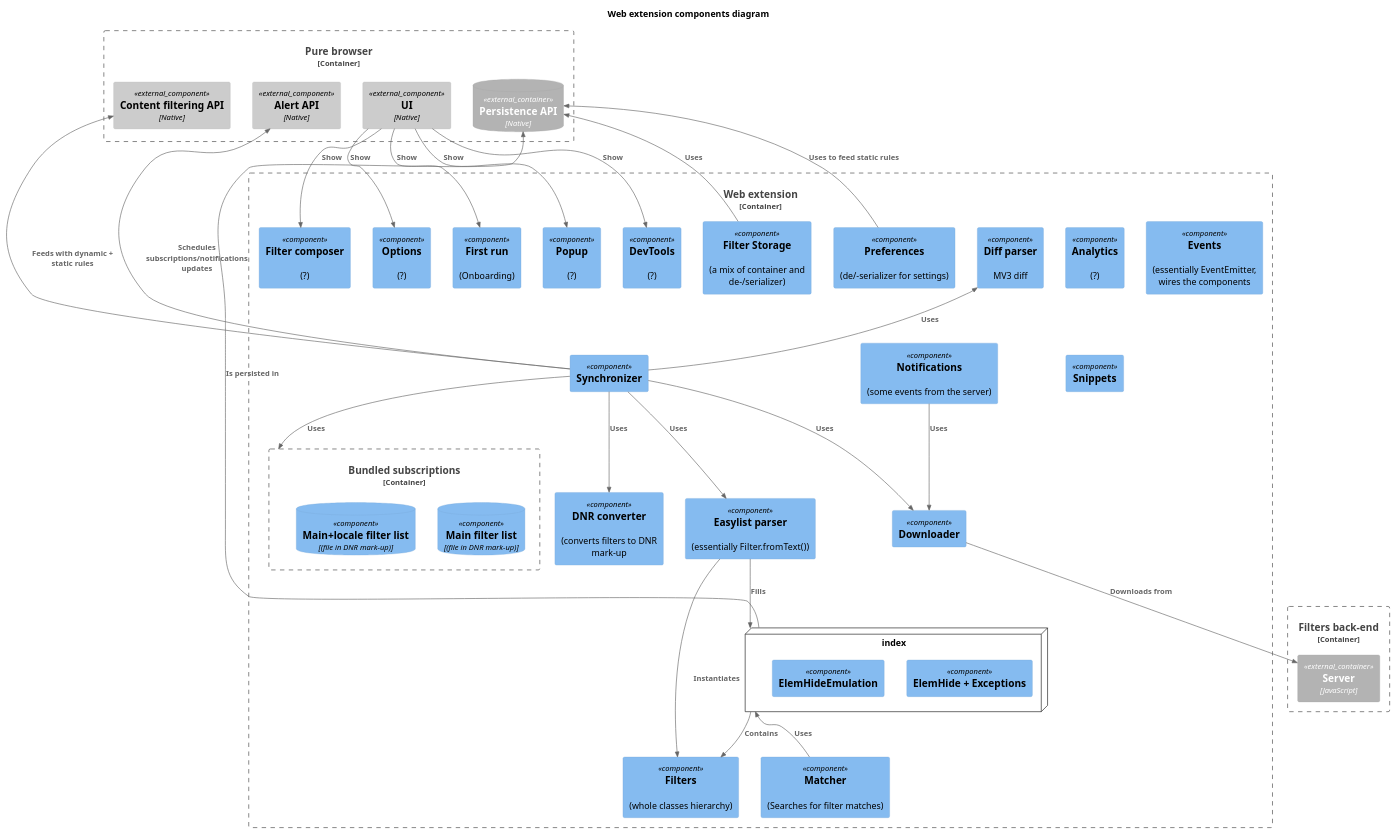
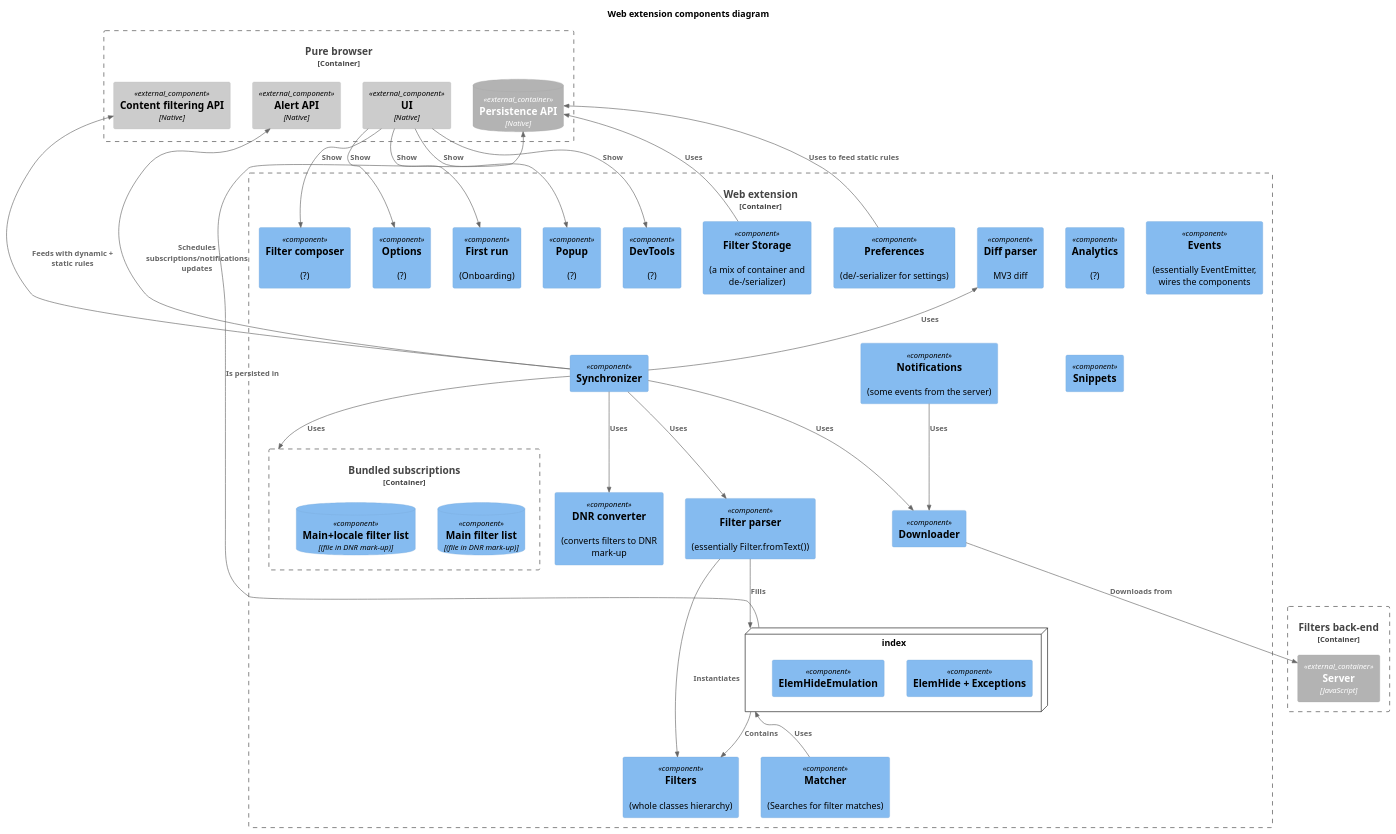
One commit to 4ntoine/mv3_spec_c4 changed the diagram in components_webext.puml. Above: the diagram before and after it, drawn with PlantUML. The commit also changed 1 other file, not shown here.

```diff
--- a/components_webext.puml
+++ b/components_webext.puml
@@ -1,77 +1,77 @@
 @startuml
 !include https://raw.githubusercontent.com/plantuml-stdlib/C4-PlantUML/master/C4_Container.puml
 !include https://raw.githubusercontent.com/plantuml-stdlib/C4-PlantUML/master/C4_Component.puml
 
 title Web extension components diagram
 
 ' container itself
 Container_Boundary(webext, "Web extension") {
-  ' core  
+  ' core
   Component(analytics, "Analytics", "", "(?)")
   Component(events, "Events", "", "(essentially EventEmitter, wires the components")
   Component(filters, "Filters", "", "(whole classes hierarchy)")
-  Component(easylistParser, "Easylist parser", "", "(essentially Filter.fromText())")
+  Component(filterParser, "Filter parser", "", "(essentially Filter.fromText())")
   Component(diffParser, "Diff parser", "", "MV3 diff")
   Component(synchronizer, "Synchronizer")
   Component(downloader, "Downloader")
   Component(dnrConverter, "DNR converter", "", "(converts filters to DNR mark-up")
   Component(matcher, "Matcher", "", "(Searches for filter matches)")
   Component(notifications, "Notifications", "", "(some events from the server)")
   Component(filterStorage, "Filter Storage", "", "(a mix of container and de-/serializer)")
   Component(prefs, "Preferences", "", "(de/-serializer for settings)")
   Component(snippets, "Snippets", "", "(?)")
   ' webext
   Component(firstRun, "First run", "", "(Onboarding)")
   Component(filterComposer, "Filter composer", "", "(?)")
   Component(options, "Options", "", "(?)")
   Component(popup, "Popup", "", "(?)")
   Component(devTools, "DevTools", "", "(?)")
 
   node index {
     Component(elemHide, "ElemHide + Exceptions")
     Component(elemHideEmu, "ElemHideEmulation")
     Component(snippets, "Snippets")
   }
 
   Container_Boundary(bundled_subscriptions, "Bundled subscriptions") {
     ComponentDb(sub1_dnr_rules, "Main filter list", "(file in DNR mark-up)")
     ComponentDb(sub2_dnr_rules, "Main+locale filter list", "(file in DNR mark-up)")
   }
 }
 
 ' external container
 Container_Boundary(browser, "Pure browser", "") {
   ContainerDb_Ext(persistence, "Persistence API", "Native")
   Component_Ext(schedulers, "Alert API", "Native")
   Component_Ext(browserCore, "Content filtering API", "Native")
   Component_Ext(ui, "UI", "Native")
 }
 
 ' external container
 Container_Boundary(backEnd, "Filters back-end", "") {
   Container_Ext(server, "Server", "JavaScript")
 }
 
 ' relations
 Rel(synchronizer, downloader, "Uses")
-Rel(synchronizer, easylistParser, "Uses")
+Rel(synchronizer, filterParser, "Uses")
 Rel_U(synchronizer, diffParser, "Uses")
 Rel_U(synchronizer, schedulers, "Schedules subscriptions/notifications updates")
 Rel(synchronizer, dnrConverter, "Uses")
 Rel_U(synchronizer, browserCore, "Feeds with dynamic + static rules")
 Rel(synchronizer, bundled_subscriptions, "Uses")
-Rel(easylistParser, filters, "Instantiates")
-Rel(easylistParser, index, "Fills")
+Rel(filterParser, filters, "Instantiates")
+Rel(filterParser, index, "Fills")
 Rel(index, filters, "Contains")
 Rel_U(index, persistence, "Is persisted in")
 Rel(downloader, server, "Downloads from")
 Rel_U(matcher, index, "Uses")
 Rel(notifications, downloader, "Uses")
 Rel(filterStorage, persistence, "Uses")
 Rel(prefs, persistence, "Uses to feed static rules")
 Rel(ui, firstRun, "Show")
 Rel(ui, filterComposer, "Show")
 Rel(ui, options, "Show")
 Rel(ui, popup, "Show")
 Rel(ui, devTools, "Show")
 @enduml
```
